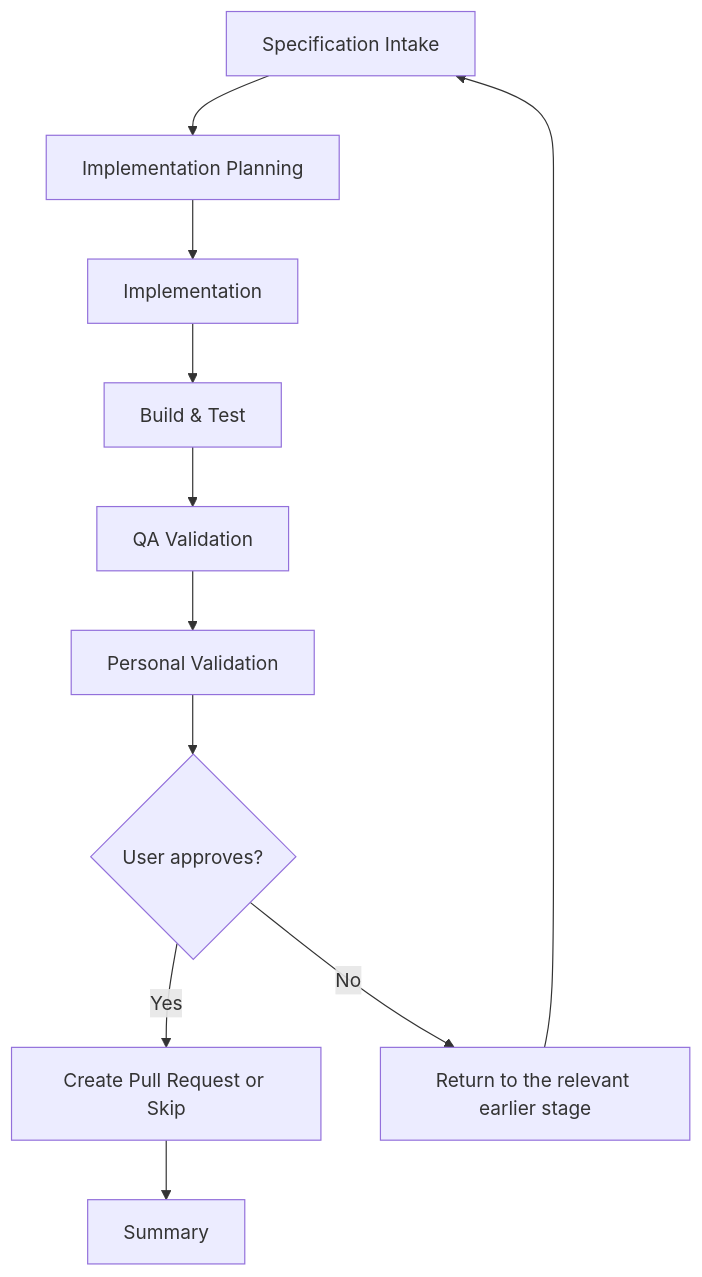
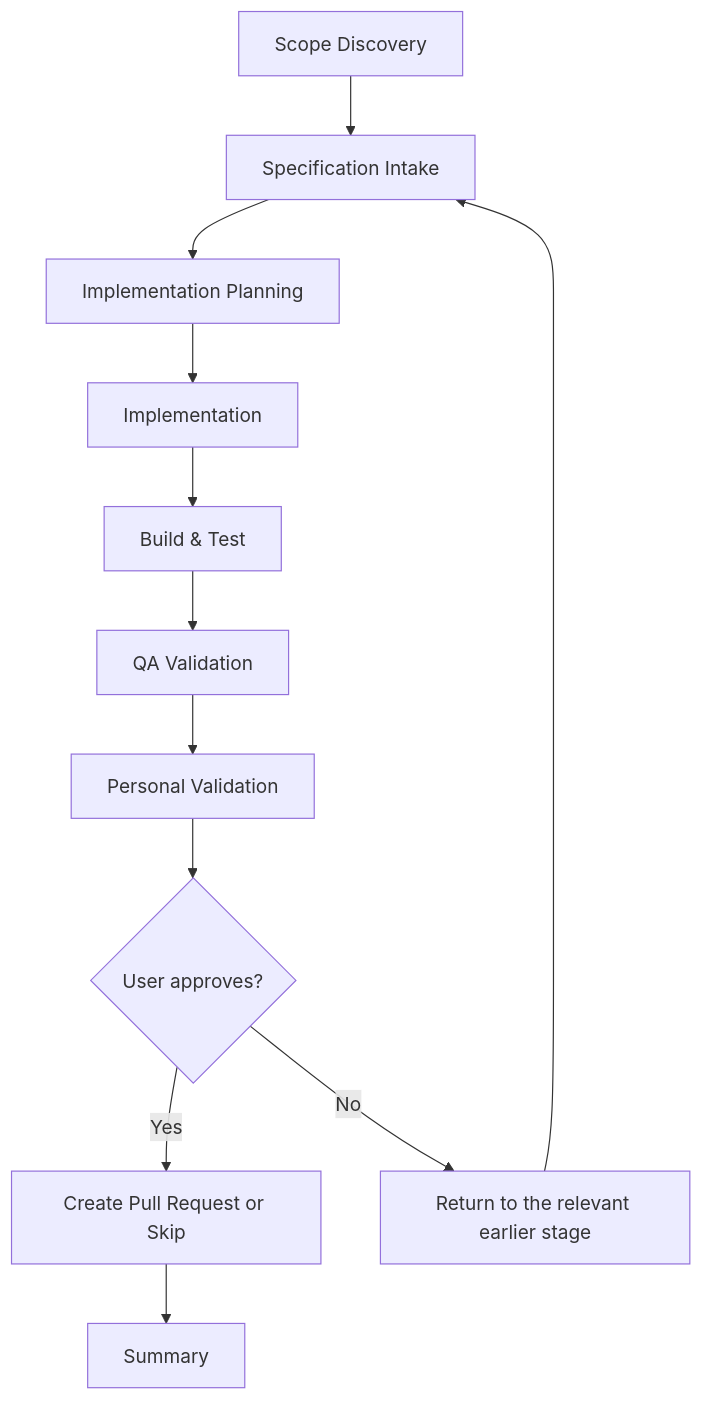
One commit to JSdotNet/Copilot changed diagram 14 of 14 in plugins/copilot-app/resources/orchestration-flow-diagrams.md. Above: the diagram before and after it, drawn with Mermaid. The commit also changed other lines of this file and 9 other files, not shown here.

````diff
--- a/plugins/copilot-app/resources/orchestration-flow-diagrams.md
+++ b/plugins/copilot-app/resources/orchestration-flow-diagrams.md
@@ -354,13 +358,14 @@
 ```mermaid
 flowchart TD
-    A["Specification Intake"] --> B["Implementation Planning"]
+    S["Scope Discovery"] --> A["Specification Intake"]
+    A --> B["Implementation Planning"]
     B --> C["Implementation"]
     C --> D["Build & Test"]
     D --> E["QA Validation"]
     E --> F["Personal Validation"]
     F --> G{User approves?}
     G -->|Yes| H["Create Pull Request or Skip"]
     G -->|No| I["Return to the relevant earlier stage"]
     I --> A
     H --> J["Summary"]
 ```
````
